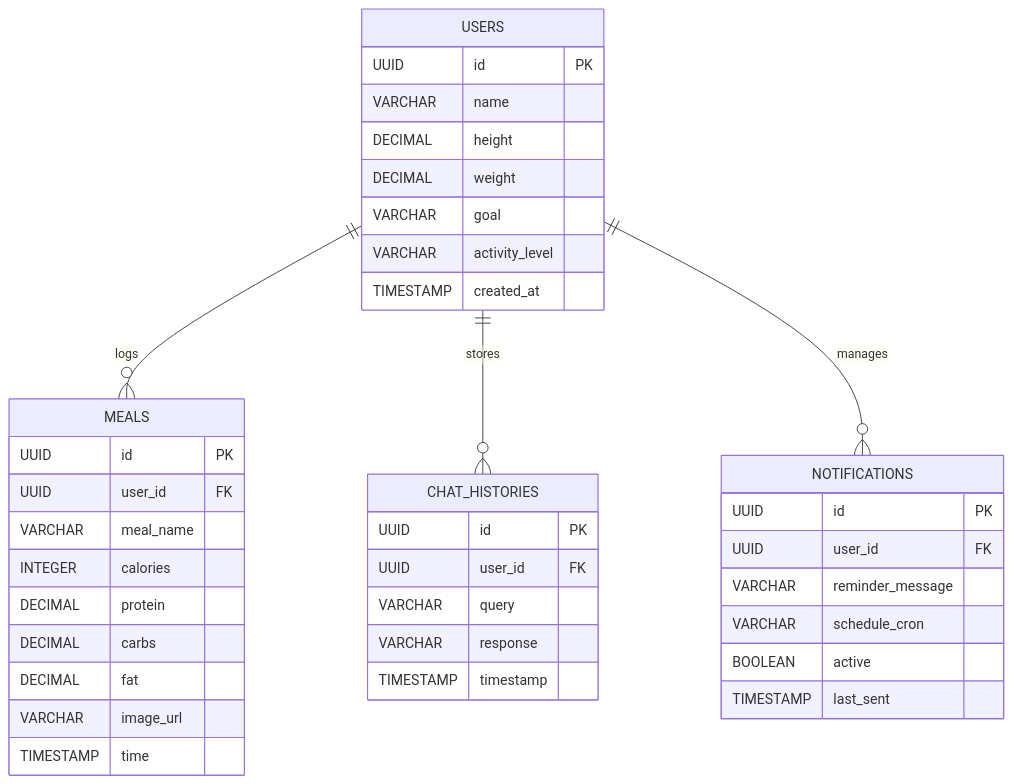
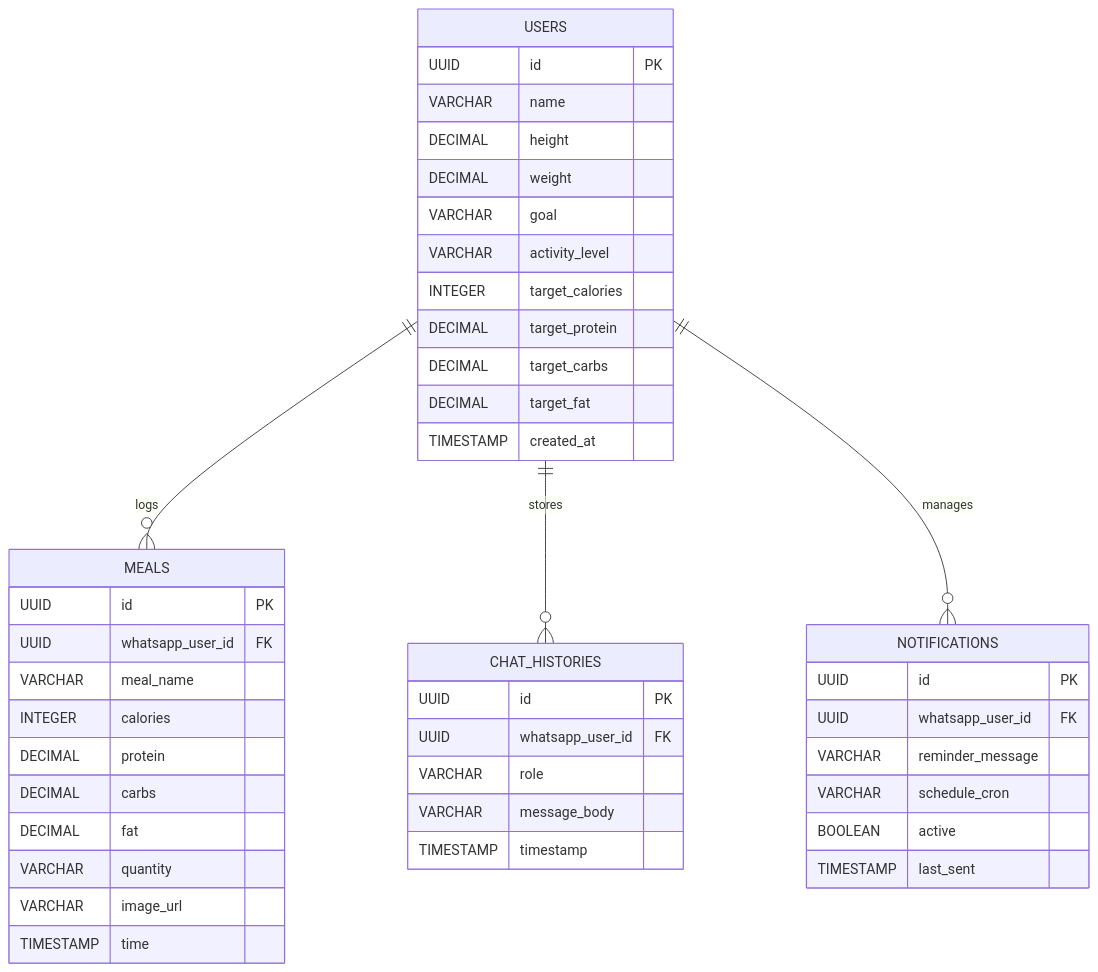
Before and after one commit to Tejas190605/NutriChat-AI: the fourth of 4 diagrams in ARCHITECTURE.md, drawn with Mermaid. The commit also changed other lines of this file and 12 other files, not shown here.

Commit message:
docs: complete Phase 1 research, Phase 2 requirements, and Phase 3 architecture design

````diff
--- a/ARCHITECTURE.md
+++ b/ARCHITECTURE.md
@@ -73,45 +114,50 @@
 ```mermaid
 erDiagram
     USERS ||--o{ MEALS : "logs"
     USERS ||--o{ CHAT_HISTORIES : "stores"
     USERS ||--o{ NOTIFICATIONS : "manages"
 
     USERS {
         UUID id PK
         VARCHAR name
         DECIMAL height
         DECIMAL weight
         VARCHAR goal
         VARCHAR activity_level
+        INTEGER target_calories
+        DECIMAL target_protein
+        DECIMAL target_carbs
+        DECIMAL target_fat
         TIMESTAMP created_at
     }
 
     MEALS {
         UUID id PK
-        UUID user_id FK
+        UUID whatsapp_user_id FK
         VARCHAR meal_name
         INTEGER calories
         DECIMAL protein
         DECIMAL carbs
         DECIMAL fat
+        VARCHAR quantity
         VARCHAR image_url
         TIMESTAMP time
     }
 
     CHAT_HISTORIES {
         UUID id PK
-        UUID user_id FK
-        VARCHAR query
-        VARCHAR response
+        UUID whatsapp_user_id FK
+        VARCHAR role
+        VARCHAR message_body
         TIMESTAMP timestamp
     }
 
     NOTIFICATIONS {
         UUID id PK
-        UUID user_id FK
+        UUID whatsapp_user_id FK
         VARCHAR reminder_message
         VARCHAR schedule_cron
         BOOLEAN active
         TIMESTAMP last_sent
     }
 ```
````
